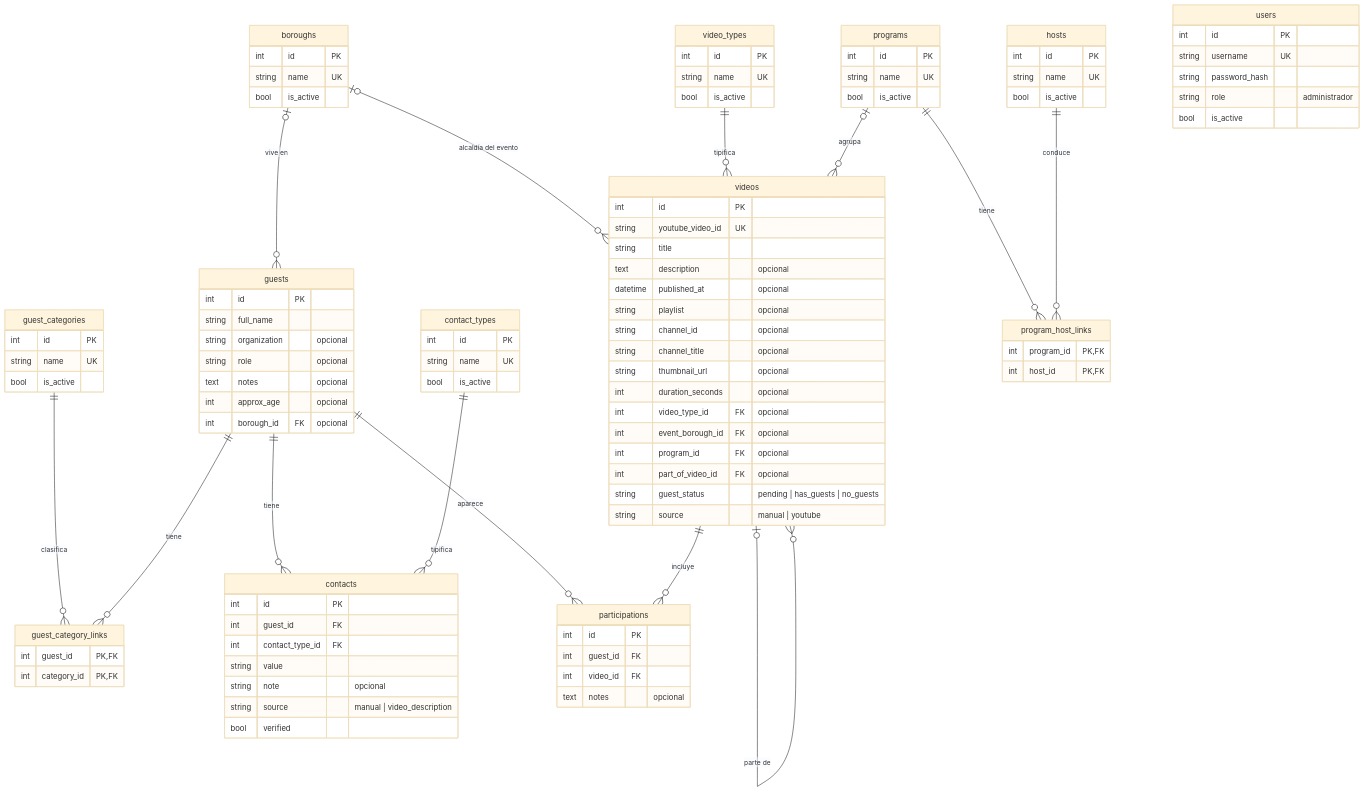
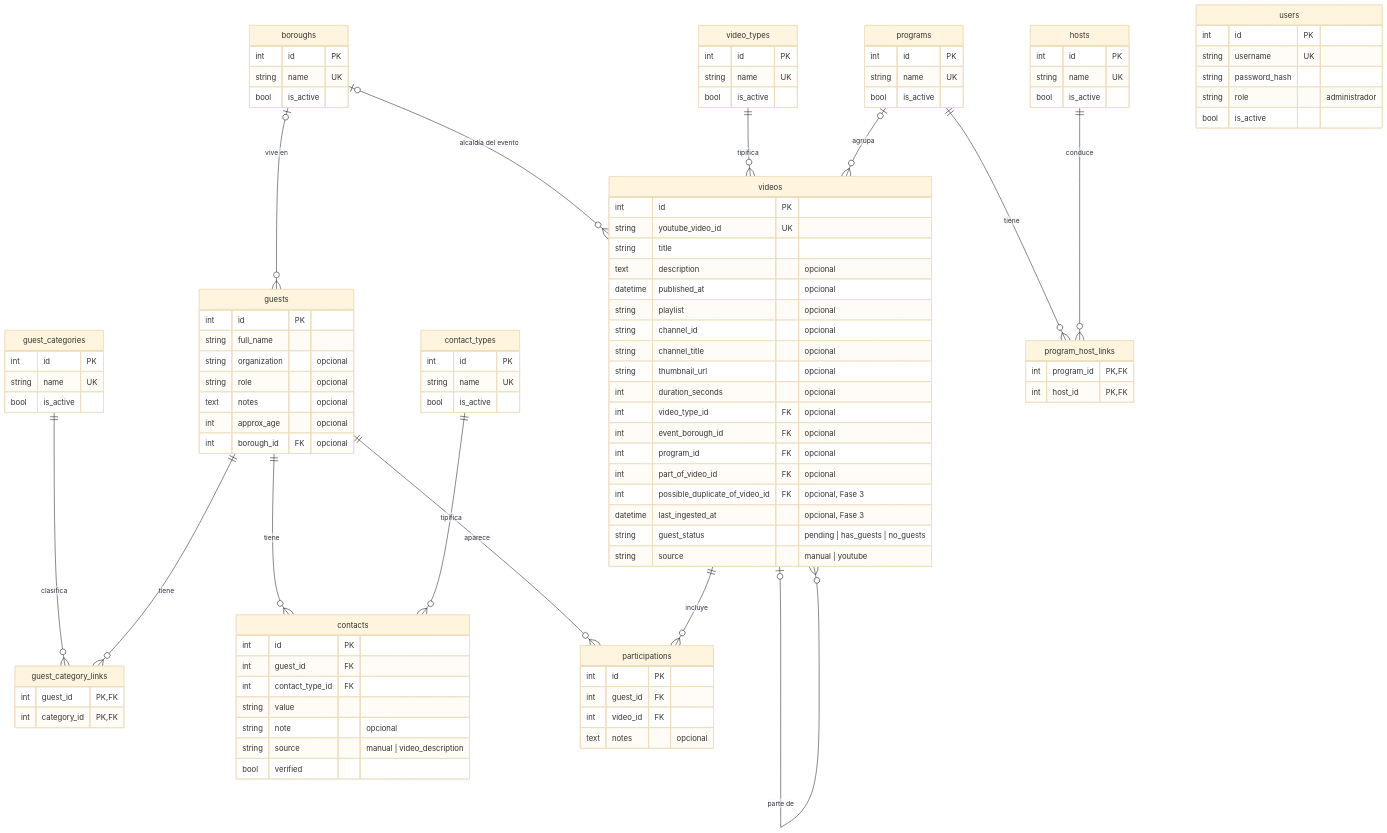
The first of 2 diagrams in docs/DATA_MODEL.md (angel-refugio/xlive-medios-guests), drawn with Mermaid (base theme) before and after one commit. The commit also changed other lines of this file and 3 other files, not shown here.

```diff
--- a/docs/DATA_MODEL.md
+++ b/docs/DATA_MODEL.md
@@ -93,6 +95,8 @@
         int event_borough_id FK "opcional"
         int program_id FK "opcional"
         int part_of_video_id FK "opcional"
+        int possible_duplicate_of_video_id FK "opcional, Fase 3"
+        datetime last_ingested_at "opcional, Fase 3"
         string guest_status "pending | has_guests | no_guests"
         string source "manual | youtube"
     }
```
